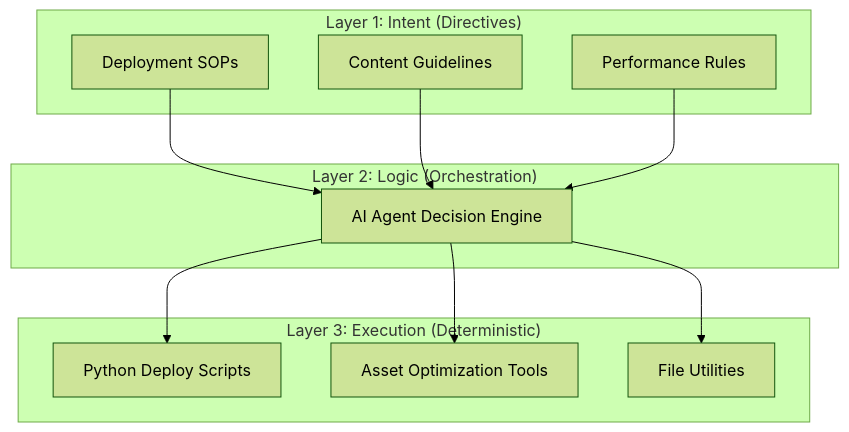
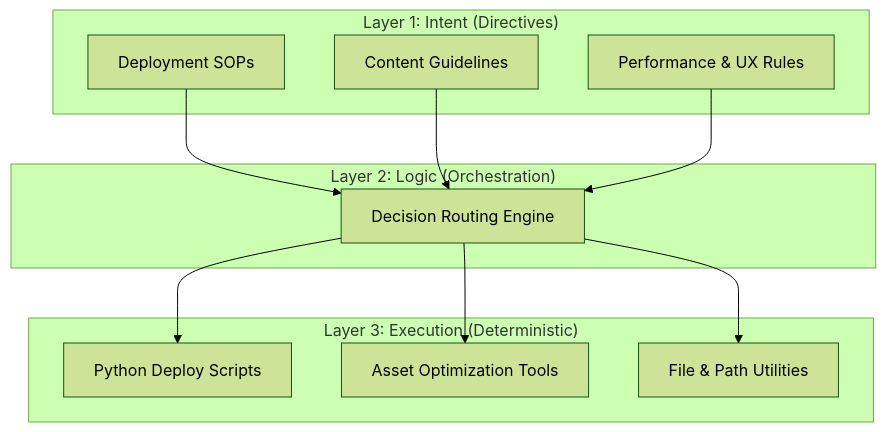
One commit to ABiR994/Burak-Studio changed the diagram in README.md. Above: the diagram before and after it, drawn with Mermaid (forest theme). The commit also changed other lines of this file, not shown here.

````diff
--- a/README.md
+++ b/README.md
@@ -37,21 +40,21 @@
 ```mermaid
 graph TD
     subgraph "Layer 1: Intent (Directives)"
         D1[Deployment SOPs]
         D2[Content Guidelines]
-        D3[Performance Rules]
+        D3[Performance & UX Rules]
     end
 
     subgraph "Layer 2: Logic (Orchestration)"
-        O1[AI Agent Decision Engine]
+        O1[Decision Routing Engine]
     end
 
     subgraph "Layer 3: Execution (Deterministic)"
         E1[Python Deploy Scripts]
         E2[Asset Optimization Tools]
-        E3[File Utilities]
+        E3[File & Path Utilities]
     end
 
     D1 & D2 & D3 --> O1
     O1 --> E1 & E2 & E3
 ```
````
